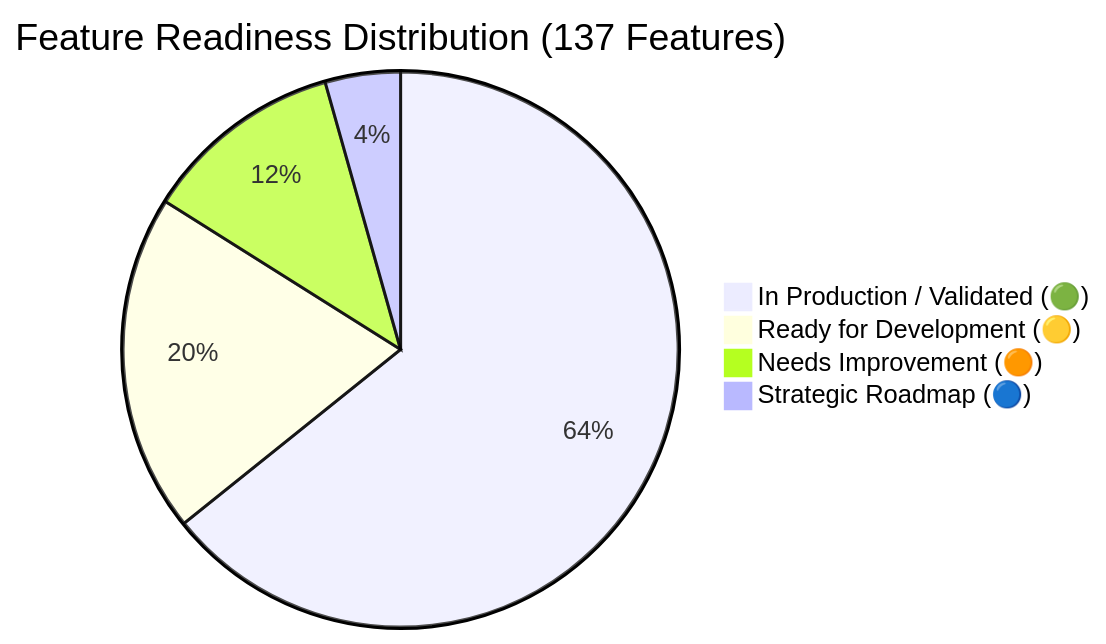
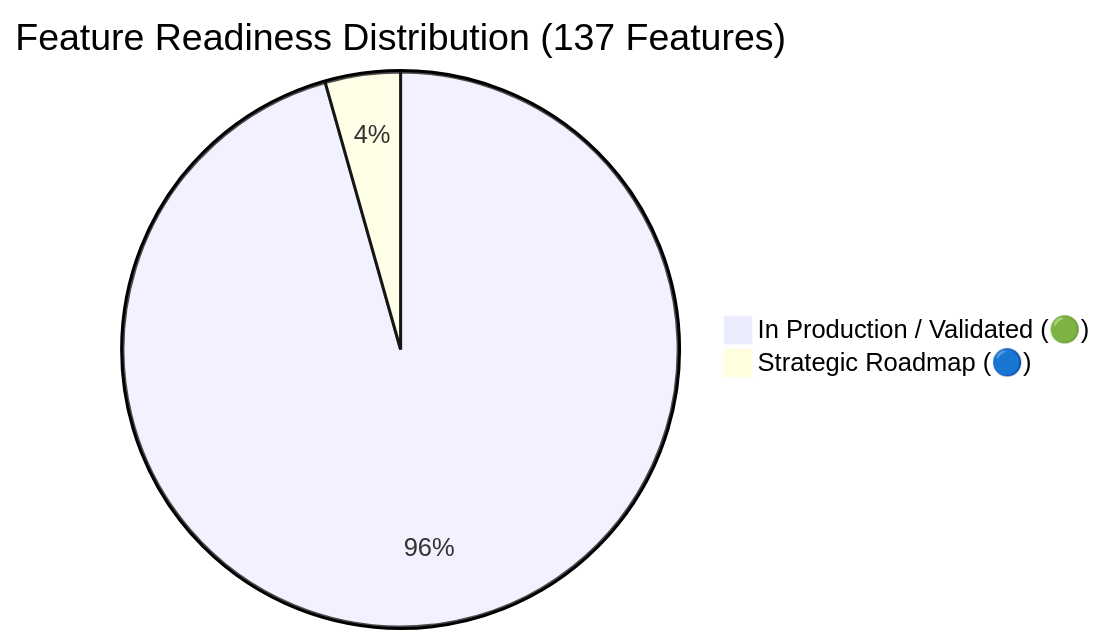
Before and after one commit to 7H3-PR073C70R/kortex: the first of 2 diagrams in docs/FEATURES.md, drawn with Mermaid. The commit also changed other lines of this file, not shown here.

Commit message:
docs: bump feature catalog version to 2.2.0 and update multiple features to validated status

````diff
--- a/docs/FEATURES.md
+++ b/docs/FEATURES.md
@@ -21,7 +21,5 @@
 ```mermaid
 pie title Feature Readiness Distribution (137 Features)
-    "In Production / Validated (🟢)" : 88
-    "Ready for Development (🟡)" : 27
-    "Needs Improvement (🟠)" : 16
+    "In Production / Validated (🟢)" : 131
     "Strategic Roadmap (🔵)" : 6
 ```
````
